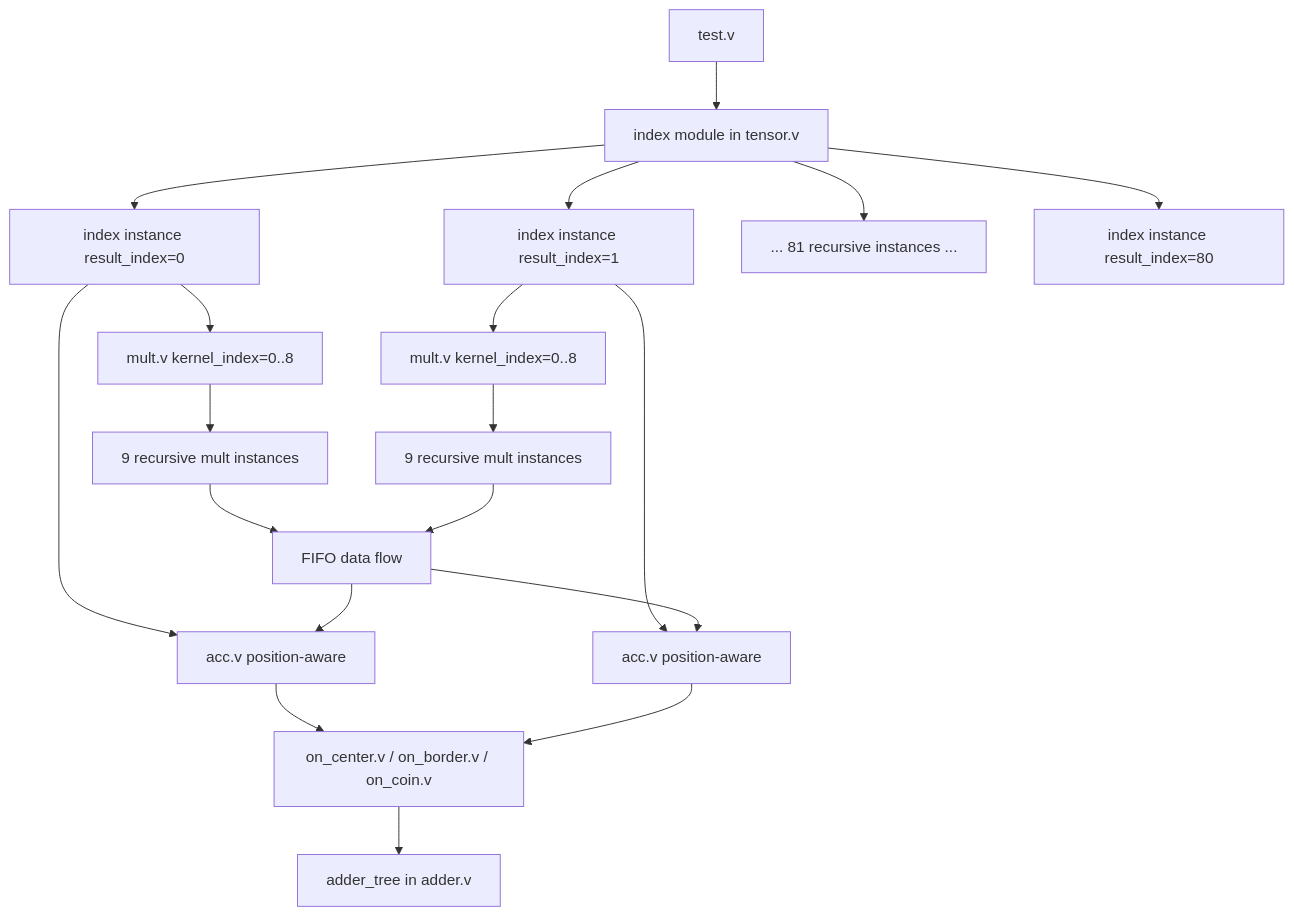
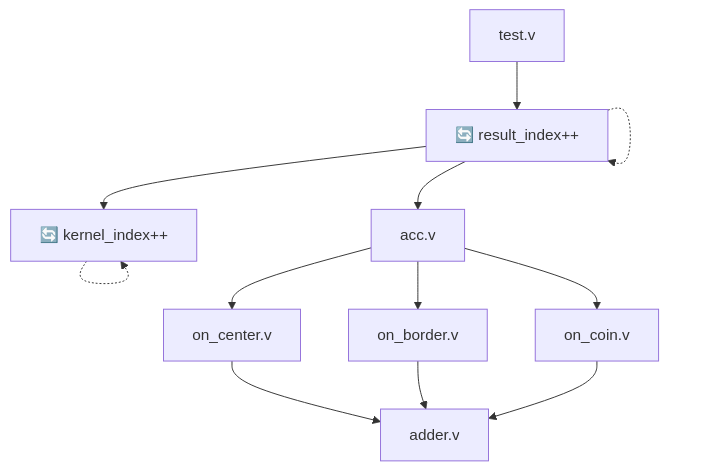
Before and after one commit to jalcim/logilib: the sixth of 13 diagrams in src/tensor/README.md, drawn with Mermaid. The commit also changed 1 other file, not shown here.

Commit message:
README simple

````diff
--- a/src/tensor/README.md
+++ b/src/tensor/README.md
@@ -112,25 +112,14 @@
 ```mermaid
 graph TD
-    A[test.v] --> B[index module in tensor.v]
-    B --> B1[index instance result_index=0]
-    B --> B2[index instance result_index=1]
-    B --> B3[... 81 recursive instances ...]
-    B --> B81[index instance result_index=80]
-
-    B1 --> C1[mult.v kernel_index=0..8]
-    B1 --> D1[acc.v position-aware]
-    B2 --> C2[mult.v kernel_index=0..8]
-    B2 --> D2[acc.v position-aware]
-
-    C1 --> E1[9 recursive mult instances]
-    C2 --> E2[9 recursive mult instances]
-
-    D1 --> F[on_center.v / on_border.v / on_coin.v]
-    D2 --> F
-    F --> G[adder_tree in adder.v]
-
-    E1 --> H[FIFO data flow]
-    E2 --> H
-    H --> D1
-    H --> D2
+    A[test.v] --> B[tensor.v index]
+    B --> C[mult.v]
+    B --> D[acc.v]
+    B -.-> B[🔄 result_index++]
+    C -.-> C[🔄 kernel_index++]
+    D --> E[on_center.v]
+    D --> F[on_border.v]
+    D --> G[on_coin.v]
+    E --> H[adder.v]
+    F --> H
+    G --> H
 ```
````
